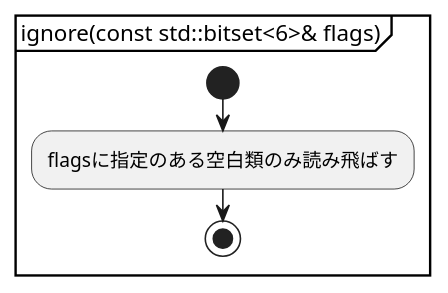
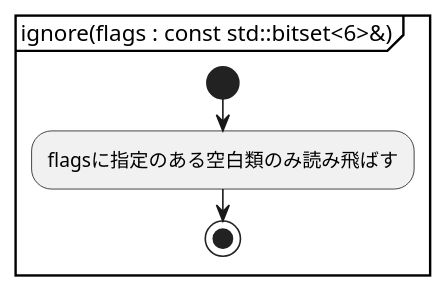
One commit to KodaiYM/PDFReader changed the fifth of 7 diagrams in document/parser.activity.pu. Above: the diagram before and after it, drawn with PlantUML. The commit also changed other lines of this file and 1 other file, not shown here.

Commit message:
クラス図において、関数の仮引数の型を後ろに : *** で書くように変更した

```diff
--- a/document/parser.activity.pu
+++ b/document/parser.activity.pu
@@ -89,7 +89,7 @@
 @startuml ignore
-partition "ignore(const std::bitset<6>& flags)" {
+partition "ignore(flags : const std::bitset<6>&)" {
 start
 	:flagsに指定のある空白類のみ読み飛ばす;
 stop
 }
 @enduml
```
